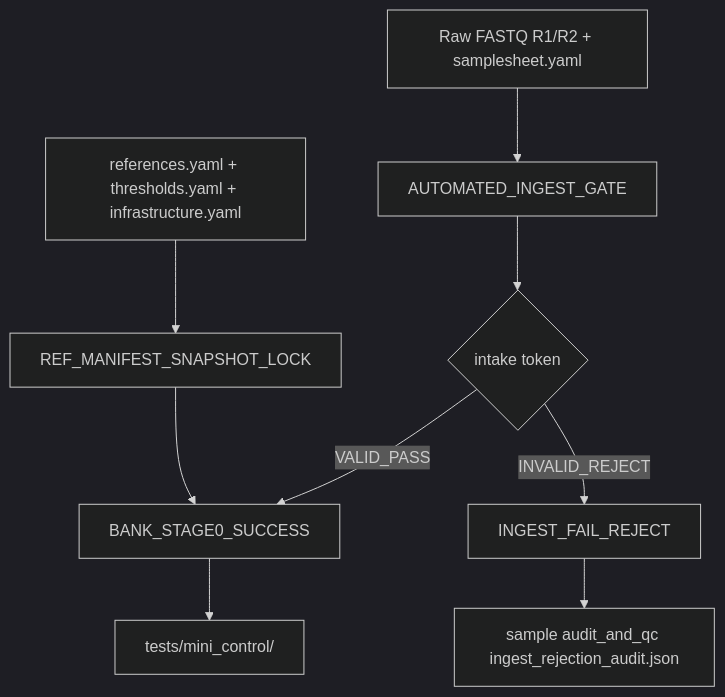
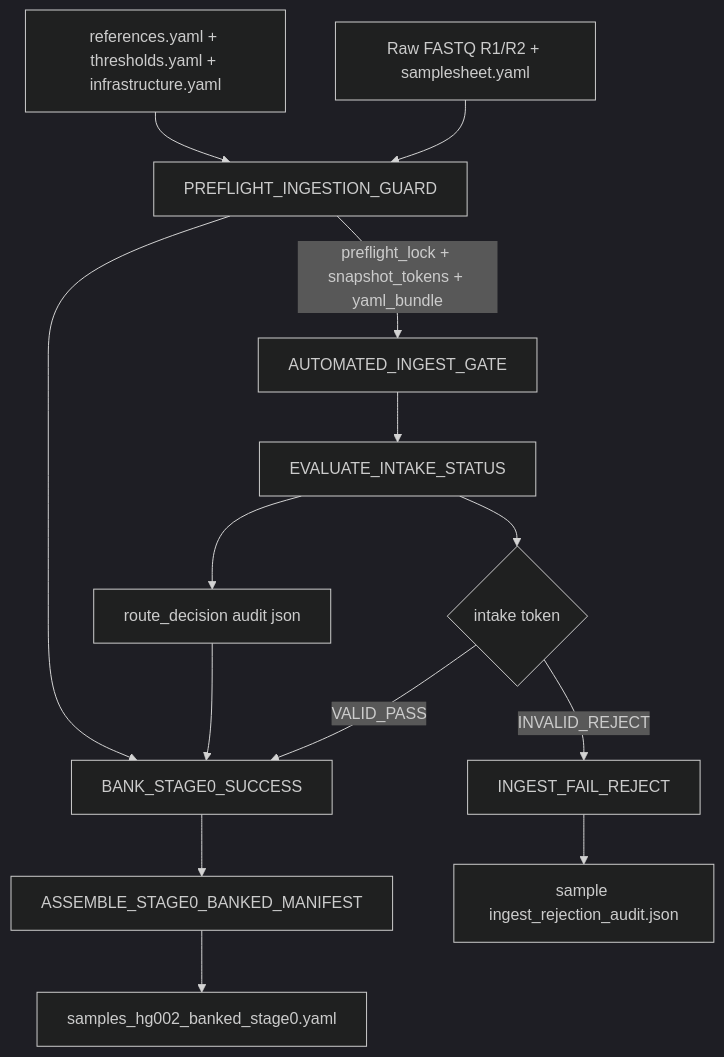
The diagram in Stage_0_Preflight_Ingest_Gate/README.md (jmorganknight/nf_Gen_Var_Pipe), drawn with Mermaid (dark theme) before and after one commit. The commit also changed other lines of this file, not shown here.

First line of the commit message:
Update Stage 0 README to match current preflight guard architecture

````diff
--- a/Stage_0_Preflight_Ingest_Gate/README.md
+++ b/Stage_0_Preflight_Ingest_Gate/README.md
@@ -7,11 +7,16 @@
 ```mermaid
 flowchart TD
-    A["Raw FASTQ R1/R2 + samplesheet.yaml"] --> B["AUTOMATED_INGEST_GATE"]
-    C["references.yaml + thresholds.yaml + infrastructure.yaml"] --> D["REF_MANIFEST_SNAPSHOT_LOCK"]
-    B --> E{"intake token"}
-    E -->|VALID_PASS| F["BANK_STAGE0_SUCCESS"]
-    E -->|INVALID_REJECT| G["INGEST_FAIL_REJECT"]
-    D --> F
-    F --> H["tests/mini_control/"]
-    G --> I["sample audit_and_qc ingest_rejection_audit.json"]
+    A["Raw FASTQ R1/R2 + samplesheet.yaml"] --> B["PREFLIGHT_INGESTION_GUARD"]
+    C["references.yaml + thresholds.yaml + infrastructure.yaml"] --> B
+    B -->|preflight_lock + snapshot_tokens + yaml_bundle| D["AUTOMATED_INGEST_GATE"]
+    D --> E["EVALUATE_INTAKE_STATUS"]
+    E --> F{"intake token"}
+    F -->|VALID_PASS| G["BANK_STAGE0_SUCCESS"]
+    F -->|INVALID_REJECT| H["INGEST_FAIL_REJECT"]
+    E --> I["route_decision audit json"]
+    I --> G
+    B --> G
+    G --> J["ASSEMBLE_STAGE0_BANKED_MANIFEST"]
+    J --> K["samples_hg002_banked_stage0.yaml"]
+    H --> L["sample ingest_rejection_audit.json"]
 ```
````
